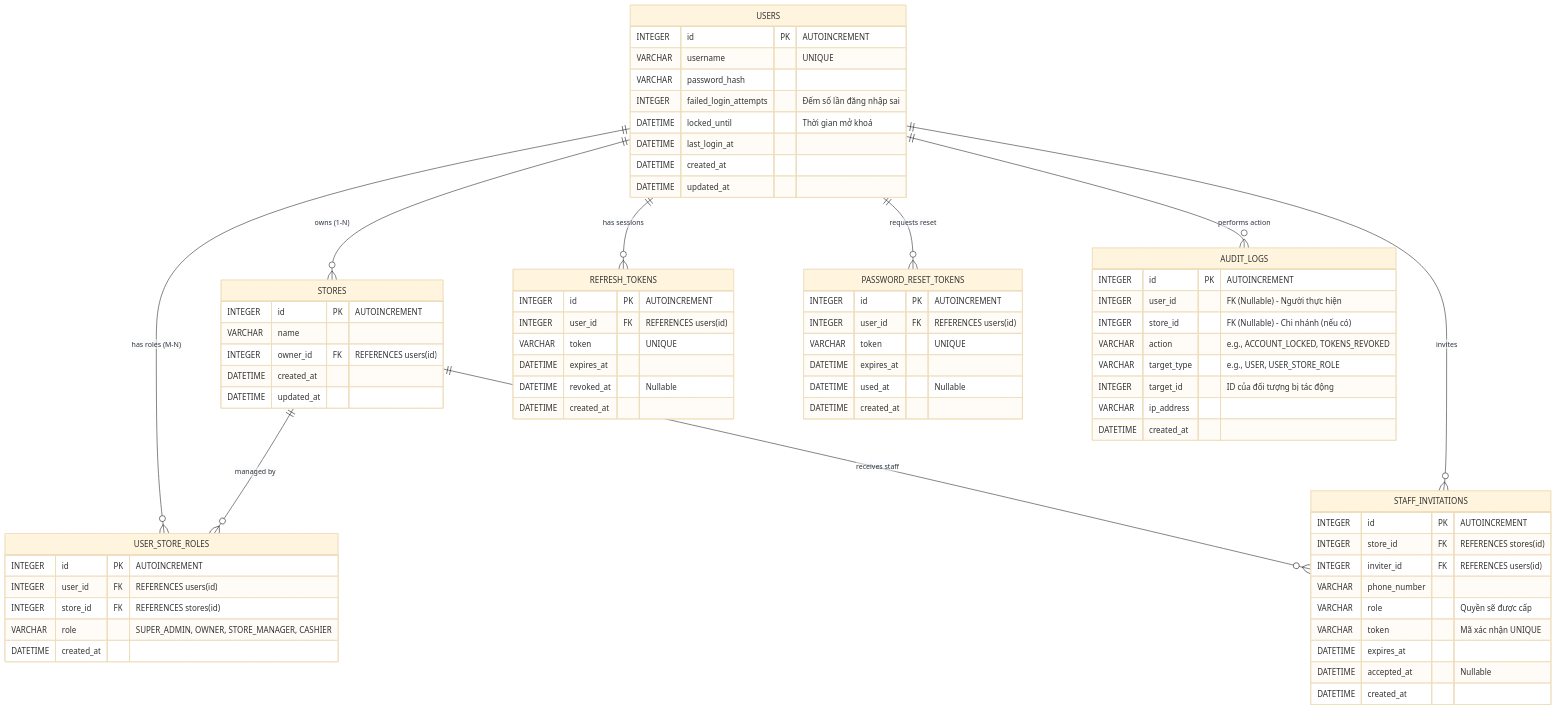
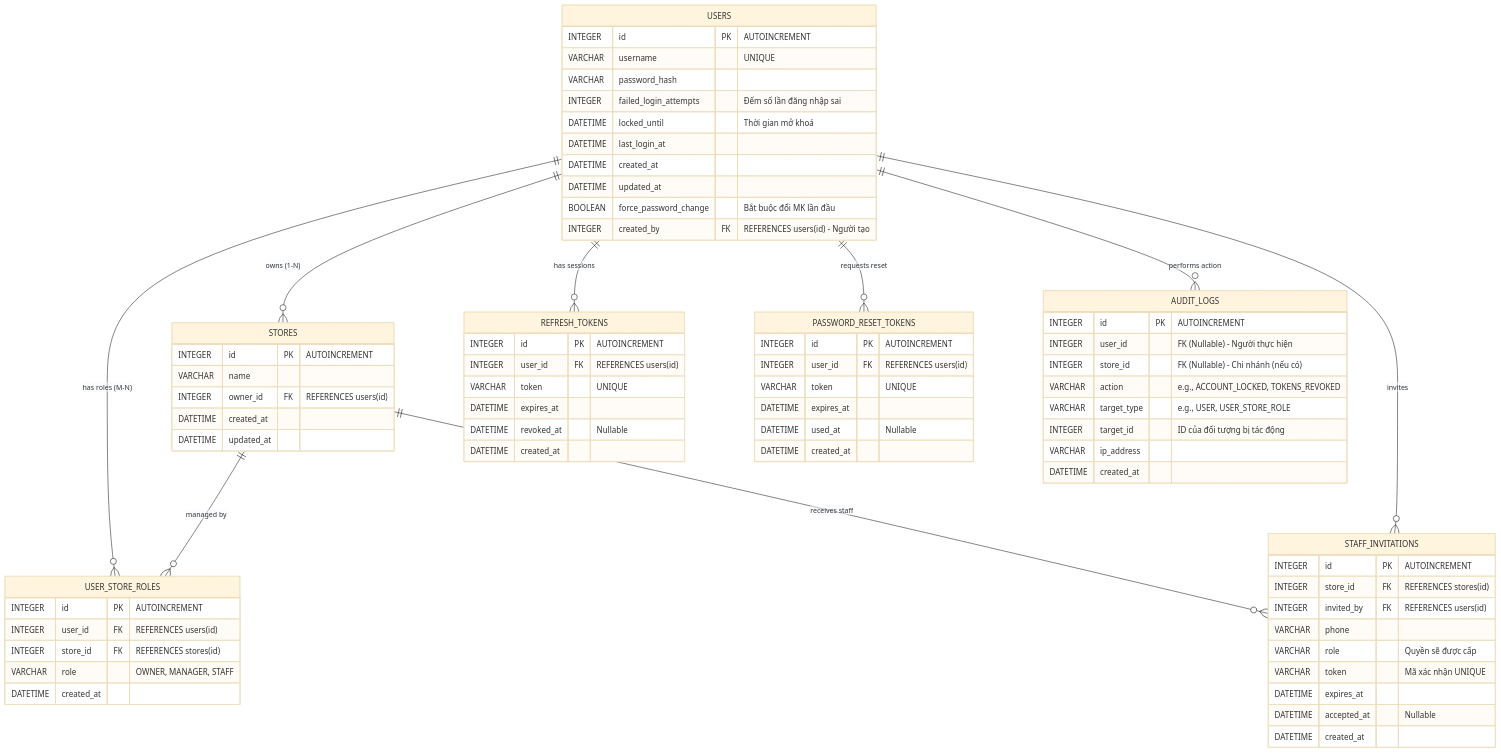
Before and after one commit to bangdinh/cueos-backend: the diagram in refactor_auth_schema_design.md, drawn with Mermaid (base theme). The commit also changed other lines of this file and 29 other files, not shown here.

````diff
--- a/refactor_auth_schema_design.md
+++ b/refactor_auth_schema_design.md
@@ -16,80 +17,82 @@
 ```mermaid
 erDiagram
     USERS {
         INTEGER id PK "AUTOINCREMENT"
         VARCHAR username "UNIQUE"
         VARCHAR password_hash 
         INTEGER failed_login_attempts "Đếm số lần đăng nhập sai"
         DATETIME locked_until "Thời gian mở khoá"
         DATETIME last_login_at 
         DATETIME created_at 
         DATETIME updated_at 
+        BOOLEAN force_password_change "Bắt buộc đổi MK lần đầu"
+        INTEGER created_by FK "REFERENCES users(id) - Người tạo"
     }
 
     STORES {
         INTEGER id PK "AUTOINCREMENT"
         VARCHAR name 
         INTEGER owner_id FK "REFERENCES users(id)"
         DATETIME created_at 
         DATETIME updated_at 
     }
 
     USER_STORE_ROLES {
         INTEGER id PK "AUTOINCREMENT"
         INTEGER user_id FK "REFERENCES users(id)"
         INTEGER store_id FK "REFERENCES stores(id)"
-        VARCHAR role "SUPER_ADMIN, OWNER, STORE_MANAGER, CASHIER"
+        VARCHAR role "OWNER, MANAGER, STAFF"
         DATETIME created_at 
     }
 
     REFRESH_TOKENS {
         INTEGER id PK "AUTOINCREMENT"
         INTEGER user_id FK "REFERENCES users(id)"
         VARCHAR token "UNIQUE"
         DATETIME expires_at 
         DATETIME revoked_at "Nullable"
         DATETIME created_at 
     }
 
     PASSWORD_RESET_TOKENS {
         INTEGER id PK "AUTOINCREMENT"
         INTEGER user_id FK "REFERENCES users(id)"
         VARCHAR token "UNIQUE"
         DATETIME expires_at 
         DATETIME used_at "Nullable"
         DATETIME created_at 
     }
 
     AUDIT_LOGS {
         INTEGER id PK "AUTOINCREMENT"
         INTEGER user_id "FK (Nullable) - Người thực hiện"
         INTEGER store_id "FK (Nullable) - Chi nhánh (nếu có)"
         VARCHAR action "e.g., ACCOUNT_LOCKED, TOKENS_REVOKED"
         VARCHAR target_type "e.g., USER, USER_STORE_ROLE"
         INTEGER target_id "ID của đối tượng bị tác động"
         VARCHAR ip_address 
         DATETIME created_at 
     }
 
     STAFF_INVITATIONS {
         INTEGER id PK "AUTOINCREMENT"
         INTEGER store_id FK "REFERENCES stores(id)"
-        INTEGER inviter_id FK "REFERENCES users(id)"
-        VARCHAR phone_number 
+        INTEGER invited_by FK "REFERENCES users(id)"
+        VARCHAR phone 
         VARCHAR role "Quyền sẽ được cấp"
         VARCHAR token "Mã xác nhận UNIQUE"
         DATETIME expires_at 
         DATETIME accepted_at "Nullable"
         DATETIME created_at 
     }
 
     %% Relationships
     USERS ||--o{ USER_STORE_ROLES : "has roles (M-N)"
     STORES ||--o{ USER_STORE_ROLES : "managed by"
     USERS ||--o{ STORES : "owns (1-N)"
     USERS ||--o{ REFRESH_TOKENS : "has sessions"
     USERS ||--o{ PASSWORD_RESET_TOKENS : "requests reset"
     USERS ||--o{ AUDIT_LOGS : "performs action"
     USERS ||--o{ STAFF_INVITATIONS : "invites"
     STORES ||--o{ STAFF_INVITATIONS : "receives staff"
 ```
````
